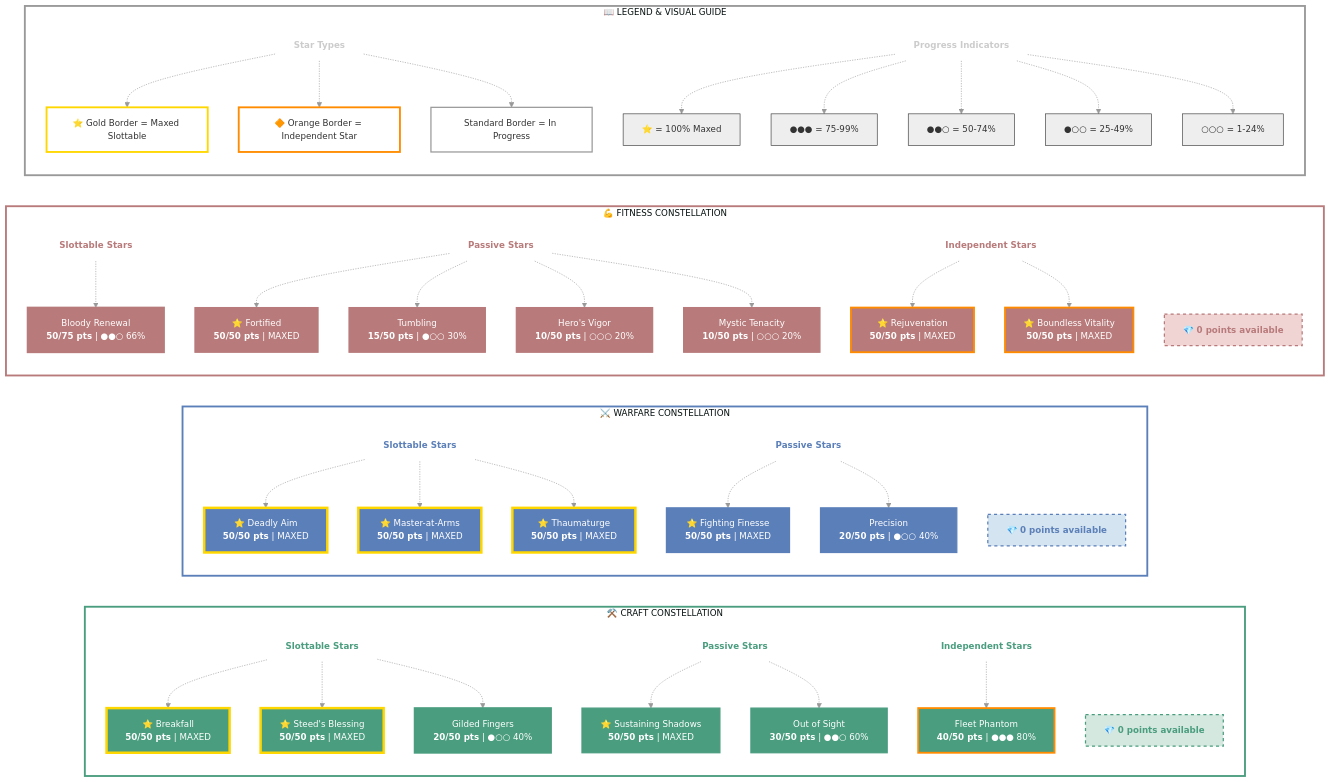
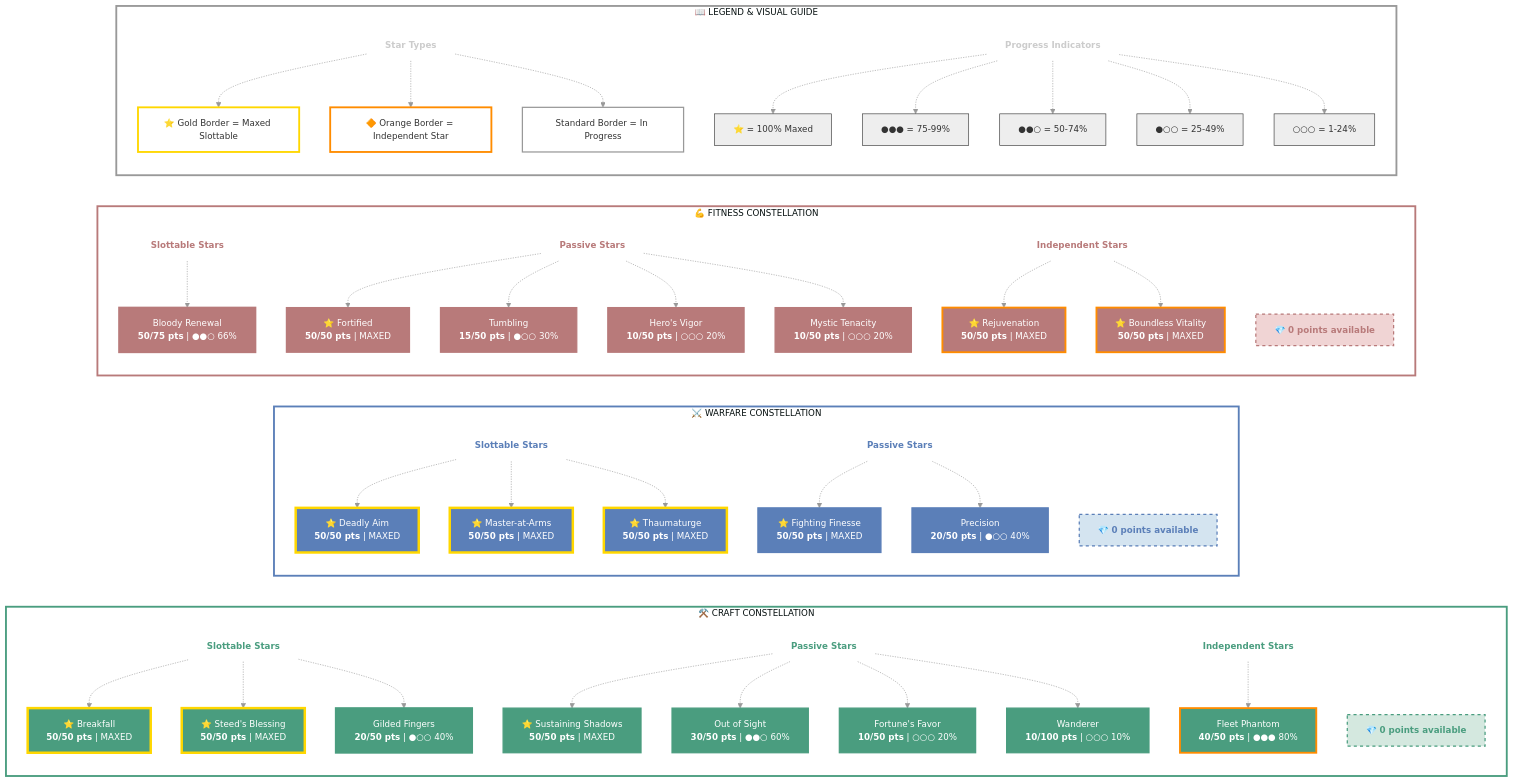
The diagram in examples/kellen_dysart.md (solaegis/CharacterMarkdown), drawn with Mermaid before and after one commit. The commit also changed other lines of this file and 12 other files, not shown here.

```diff
--- a/examples/kellen_dysart.md
+++ b/examples/kellen_dysart.md
@@ -335,7 +337,7 @@
   %%%% Enhanced readability with clear visual hierarchy
 
   %%%% ========================================
-  %% ⚒️ CRAFT CONSTELLATION (240/564 pts)
+  %% ⚒️ CRAFT CONSTELLATION (260/564 pts)
   %%%% ========================================
 
   subgraph CRAFT ["⚒️ CRAFT CONSTELLATION"]
@@ -349,6 +351,8 @@
     CRAFT_PASS["<b>Passive Stars</b>"]
     C_Sustaining_Shadows["⭐ Sustaining Shadows<br/><b>50/50 pts</b> | MAXED"]
     C_Out_of_Sight["Out of Sight<br/><b>30/50 pts</b> | ●●○ 60%"]
+    C_Fortune's_Favor["Fortune's Favor<br/><b>10/50 pts</b> | ○○○ 20%"]
+    C_R6["Wanderer<br/><b>10/100 pts</b> | ○○○ 10%"]
 
     CRAFT_BASE["<b>Independent Stars</b>"]
     C_BASE1["Fleet Phantom<br/><b>40/50 pts</b> | ●●● 80%"]
@@ -356,7 +360,7 @@
     CRAFT_AVAIL["💎 <b>0 points available</b>"]
 
     CRAFT_TITLE -.-> C_IND2 & C_IND1 & C_R1
-    CRAFT_PASS -.-> C_Sustaining_Shadows & C_Out_of_Sight
+    CRAFT_PASS -.-> C_Sustaining_Shadows & C_Out_of_Sight & C_Fortune's_Favor & C_R6
     CRAFT_BASE -.-> C_BASE1
 
     style CRAFT_TITLE fill:transparent,stroke:none,color:#4a9d7f
@@ -367,6 +371,8 @@
     style C_R1 fill:#4a9d7f,stroke:#4a9d7f,stroke-width:3px,color:#fff
     style C_Sustaining_Shadows fill:#4a9d7f,stroke:#4a9d7f,stroke-width:2px,color:#fff
     style C_Out_of_Sight fill:#4a9d7f,stroke:#4a9d7f,stroke-width:2px,color:#fff
+    style C_Fortune's_Favor fill:#4a9d7f,stroke:#4a9d7f,stroke-width:2px,color:#fff
+    style C_R6 fill:#4a9d7f,stroke:#4a9d7f,stroke-width:2px,color:#fff
     style C_BASE1 fill:#4a9d7f,stroke:#ff8c00,stroke-width:3px,color:#fff
     style CRAFT_AVAIL fill:#d4e8df,stroke:#4a9d7f,stroke-width:2px,stroke-dasharray:5 5,color:#4a9d7f
 
```
